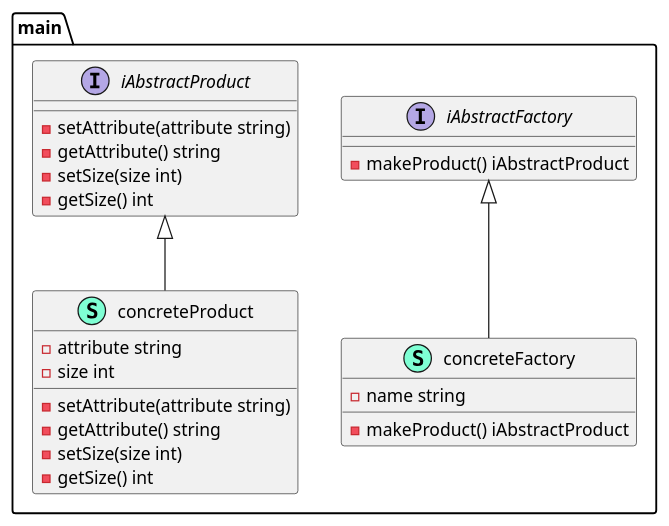
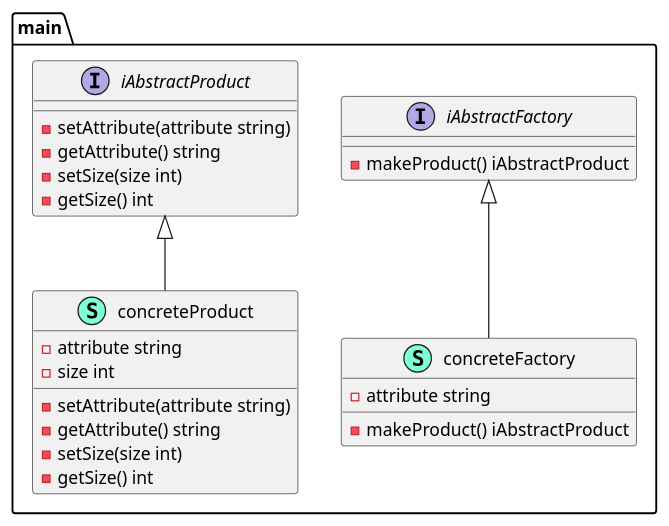
One commit to cloudemprise/go-dsgn-pttrn-abstract-factory changed the diagram in abstract-factory.puml. Above: the diagram before and after it, drawn with PlantUML. The commit also changed 1 other file, not shown here.

```diff
--- a/abstract-factory.puml
+++ b/abstract-factory.puml
@@ -1,35 +1,35 @@
 @startuml
 namespace main {
     class concreteFactory << (S,Aquamarine) >> {
-        - name string
+        - attribute string
 
         - makeProduct() iAbstractProduct
 
     }
     class concreteProduct << (S,Aquamarine) >> {
         - attribute string
         - size int
 
         - setAttribute(attribute string) 
         - getAttribute() string
         - setSize(size int) 
         - getSize() int
 
     }
     interface iAbstractFactory  {
         - makeProduct() iAbstractProduct
 
     }
     interface iAbstractProduct  {
         - setAttribute(attribute string) 
         - getAttribute() string
         - setSize(size int) 
         - getSize() int
 
     }
 }
 
 "main.iAbstractFactory" <|-- "main.concreteFactory"
 "main.iAbstractProduct" <|-- "main.concreteProduct"
 
 @enduml
```
